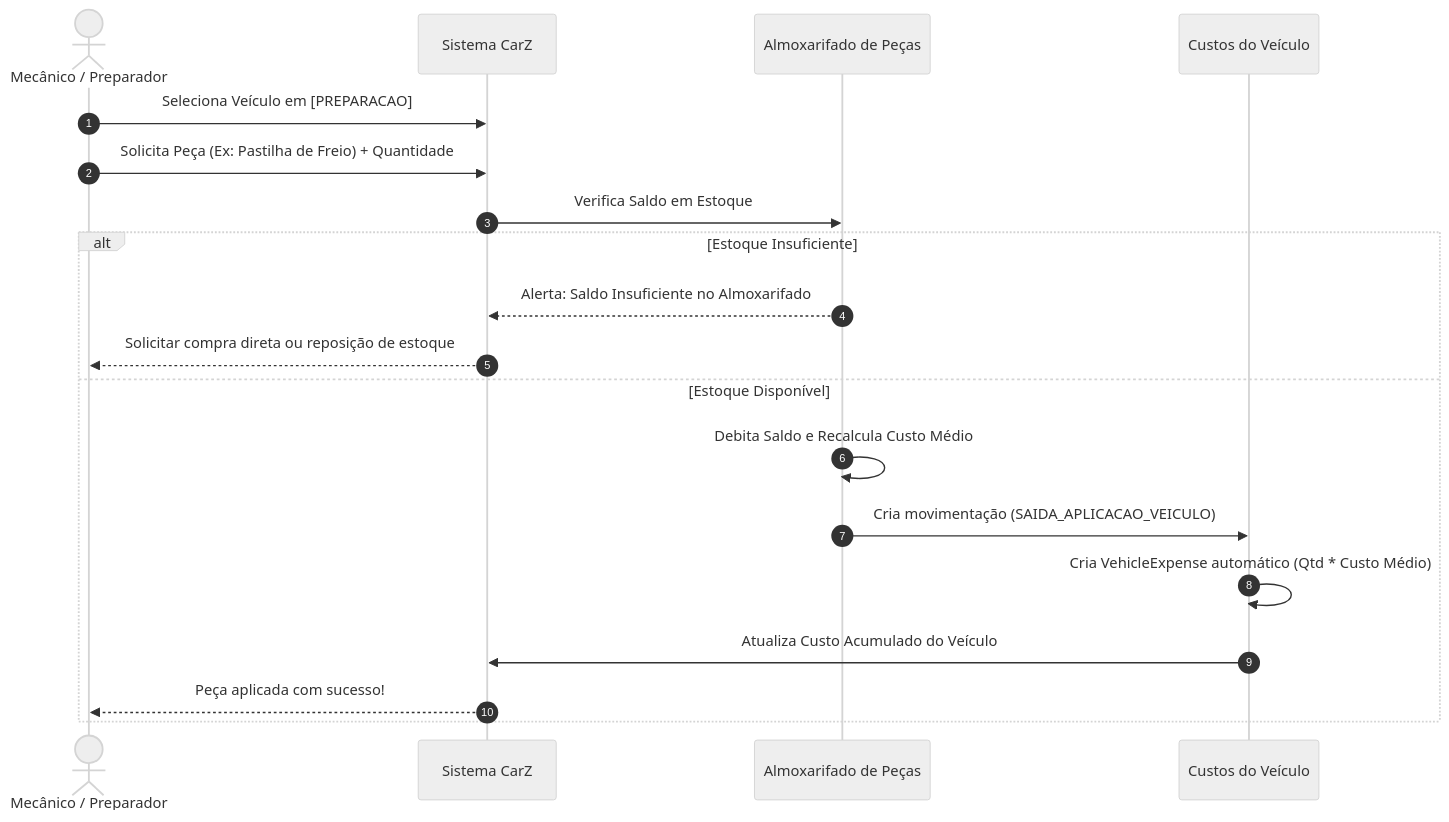
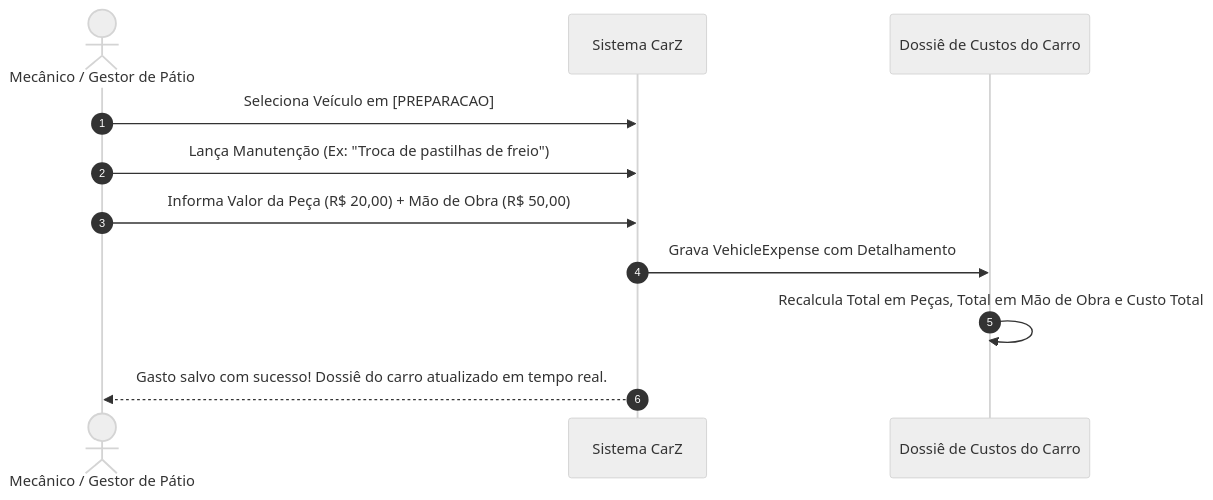
Before and after one commit to Alefe-M/CarZ: the second of 3 diagrams in openspec/04-workflows.md, drawn with Mermaid (neutral theme). The commit also changed other lines of this file and 25 other files, not shown here.

````diff
--- a/openspec/04-workflows.md
+++ b/openspec/04-workflows.md
@@ -41,22 +26,14 @@
 ```mermaid
 sequenceDiagram
     autonumber
-    actor Prep as Mecânico / Preparador
+    actor Operador as Mecânico / Gestor de Pátio
     participant Sys as Sistema CarZ
-    participant Stock as Almoxarifado de Peças
-    participant Fin as Custos do Veículo
+    participant Fin as Dossiê de Custos do Carro
     
-    Prep->>Sys: Seleciona Veículo em [PREPARACAO]
-    Prep->>Sys: Solicita Peça (Ex: Pastilha de Freio) + Quantidade
-    Sys->>Stock: Verifica Saldo em Estoque
-    alt Estoque Insuficiente
-        Stock-->>Sys: Alerta: Saldo Insuficiente no Almoxarifado
-        Sys-->>Prep: Solicitar compra direta ou reposição de estoque
-    else Estoque Disponível
-        Stock->>Stock: Debita Saldo e Recalcula Custo Médio
-        Stock->>Fin: Cria movimentação (SAIDA_APLICACAO_VEICULO)
-        Fin->>Fin: Cria VehicleExpense automático (Qtd * Custo Médio)
-        Fin->>Sys: Atualiza Custo Acumulado do Veículo
-        Sys-->>Prep: Peça aplicada com sucesso!
-    end
+    Operador->>Sys: Seleciona Veículo em [PREPARACAO]
+    Operador->>Sys: Lança Manutenção (Ex: "Troca de pastilhas de freio")
+    Operador->>Sys: Informa Valor da Peça (R$ 20,00) + Mão de Obra (R$ 50,00)
+    Sys->>Fin: Grava VehicleExpense com Detalhamento
+    Fin->>Fin: Recalcula Total em Peças, Total em Mão de Obra e Custo Total
+    Sys-->>Operador: Gasto salvo com sucesso! Dossiê do carro atualizado em tempo real.
 ```
````
